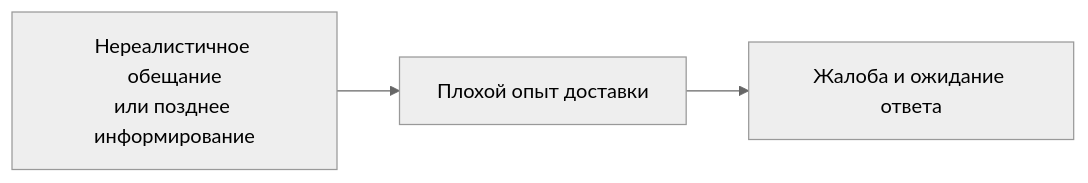
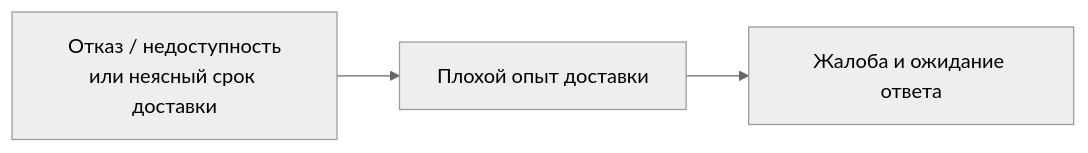
The diagram in Курсач по моделькам/курсовая_моделирование_организации/01_РАМКА_ПРОЕКТА.md (sm0173/kursach_po_modelkam), drawn with Mermaid (neutral theme) before and after one commit. The commit also changed other lines of this file and 18 other files, not shown here.

````diff
--- a/Курсач по моделькам/курсовая_моделирование_организации/01_РАМКА_ПРОЕКТА.md
+++ b/Курсач по моделькам/курсовая_моделирование_организации/01_РАМКА_ПРОЕКТА.md
@@ -89,5 +89,5 @@
 ```mermaid
 flowchart LR
-    A["Нереалистичное обещание<br/>или позднее информирование"] --> B["Плохой опыт доставки"]
+    A["Отказ / недоступность<br/>или неясный срок доставки"] --> B["Плохой опыт доставки"]
     B --> C["Жалоба и ожидание ответа"]
 ```
````
